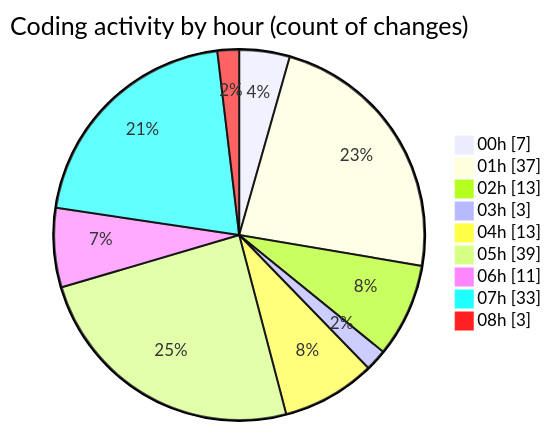
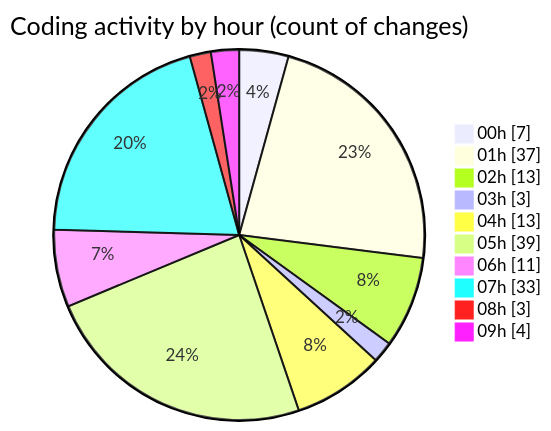
The second of 2 diagrams in 2025-02-23/micros/README.md (charlie-sans/code-tracking), drawn with Mermaid before and after one commit. The commit also changed other lines of this file and 1 other file, not shown here.

````diff
--- a/2025-02-23/micros/README.md
+++ b/2025-02-23/micros/README.md
@@ -67,13 +67,14 @@
 ```mermaid
 pie showData
 title Coding activity by hour (count of changes)
 "00h" : 7
 "01h" : 37
 "02h" : 13
 "03h" : 3
 "04h" : 13
 "05h" : 39
 "06h" : 11
 "07h" : 33
 "08h" : 3
+"09h" : 4
 ```
````
